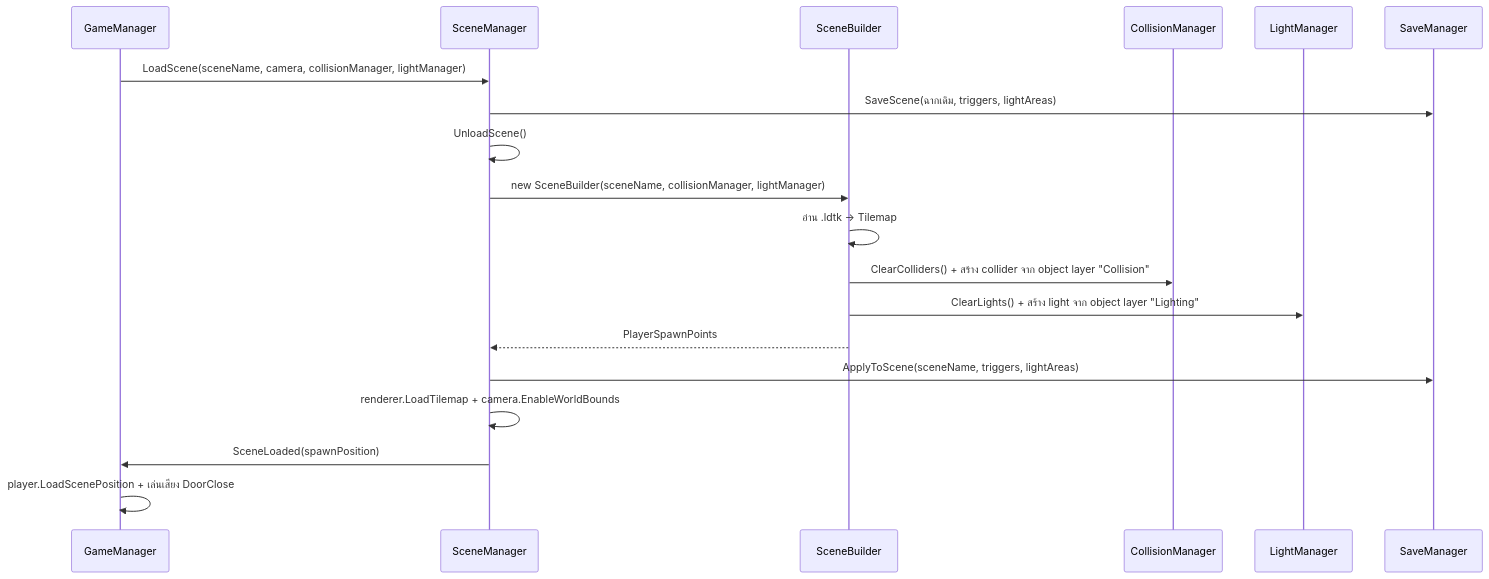
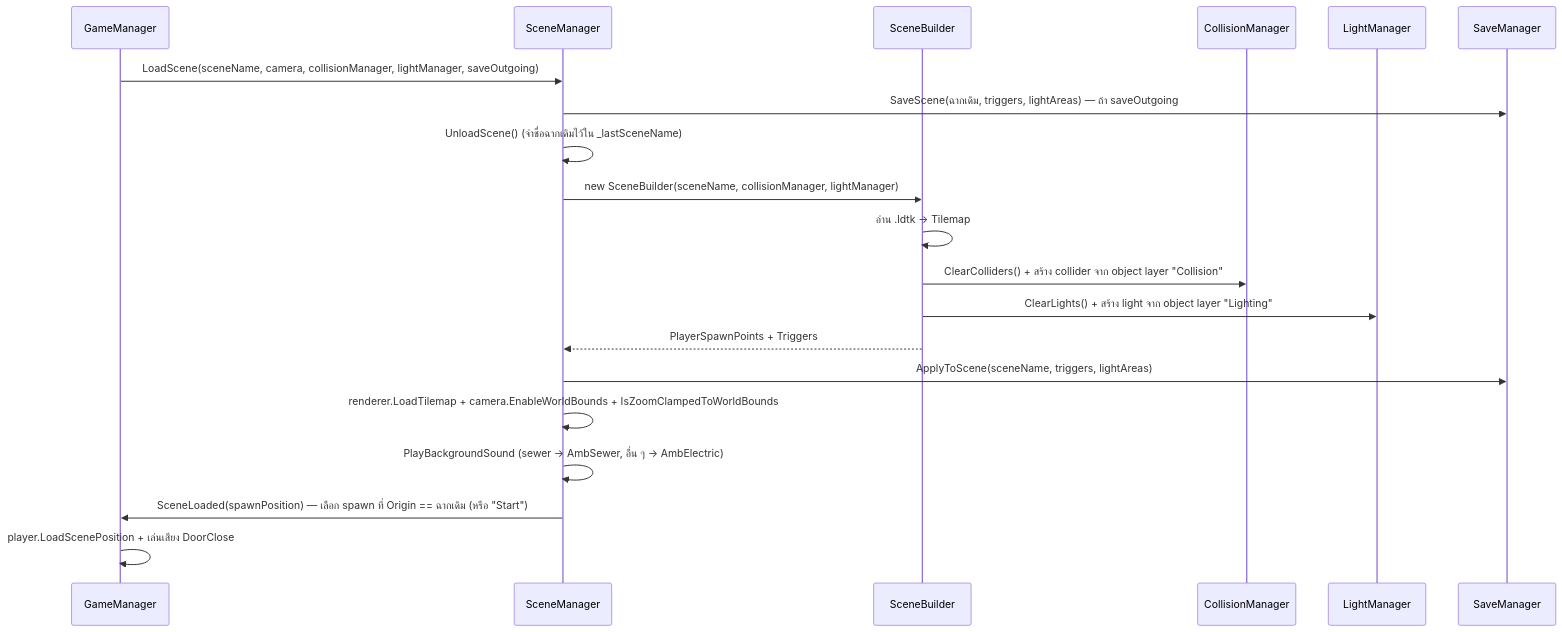
One commit to Sambopukkazz/DG225_CoreX changed the third of 3 diagrams in docs/03_Software/01-system-design.md. Above: the diagram before and after it, drawn with Mermaid. The commit also changed other lines of this file and 14 other files, not shown here.

````diff
--- a/docs/03_Software/01-system-design.md
+++ b/docs/03_Software/01-system-design.md
@@ -100,22 +134,23 @@
 ```mermaid
 sequenceDiagram
     participant GM as GameManager
     participant SM as SceneManager
     participant SB as SceneBuilder
     participant CM as CollisionManager
     participant LM as LightManager
     participant SV as SaveManager
 
-    GM->>SM: LoadScene(sceneName, camera, collisionManager, lightManager)
-    SM->>SV: SaveScene(ฉากเดิม, triggers, lightAreas)
-    SM->>SM: UnloadScene()
+    GM->>SM: LoadScene(sceneName, camera, collisionManager, lightManager, saveOutgoing)
+    SM->>SV: SaveScene(ฉากเดิม, triggers, lightAreas) — ถ้า saveOutgoing
+    SM->>SM: UnloadScene() (จำชื่อฉากเดิมไว้ใน _lastSceneName)
     SM->>SB: new SceneBuilder(sceneName, collisionManager, lightManager)
     SB->>SB: อ่าน .ldtk → Tilemap
     SB->>CM: ClearColliders() + สร้าง collider จาก object layer "Collision"
     SB->>LM: ClearLights() + สร้าง light จาก object layer "Lighting"
-    SB-->>SM: PlayerSpawnPoints
+    SB-->>SM: PlayerSpawnPoints + Triggers
     SM->>SV: ApplyToScene(sceneName, triggers, lightAreas)
-    SM->>SM: renderer.LoadTilemap + camera.EnableWorldBounds
-    SM->>GM: SceneLoaded(spawnPosition)
+    SM->>SM: renderer.LoadTilemap + camera.EnableWorldBounds + IsZoomClampedToWorldBounds
+    SM->>SM: PlayBackgroundSound (sewer → AmbSewer, อื่น ๆ → AmbElectric)
+    SM->>GM: SceneLoaded(spawnPosition) — เลือก spawn ที่ Origin == ฉากเดิม (หรือ "Start")
     GM->>GM: player.LoadScenePosition + เล่นเสียง DoorClose
 ```
````
